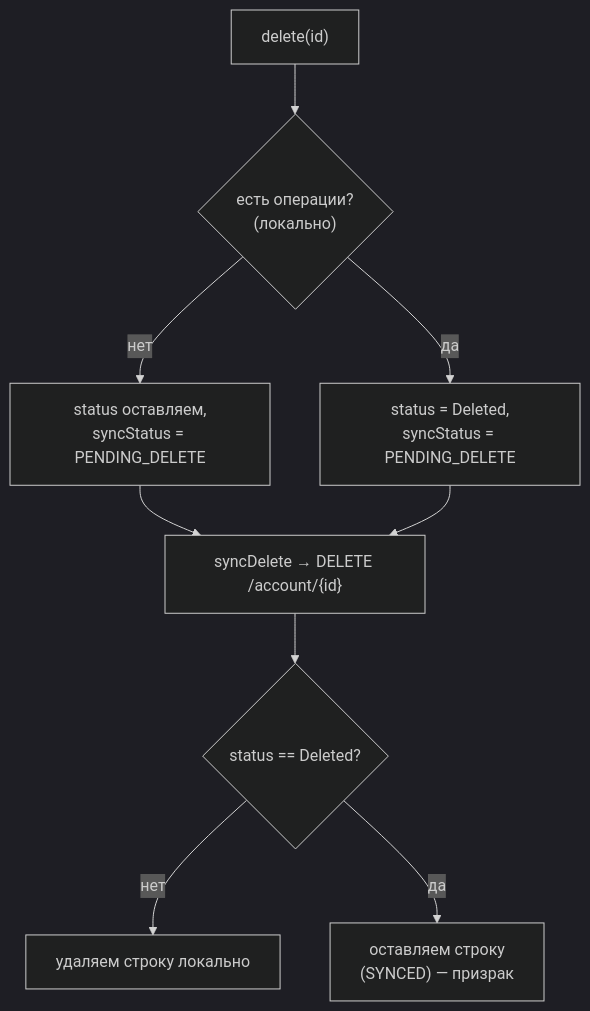
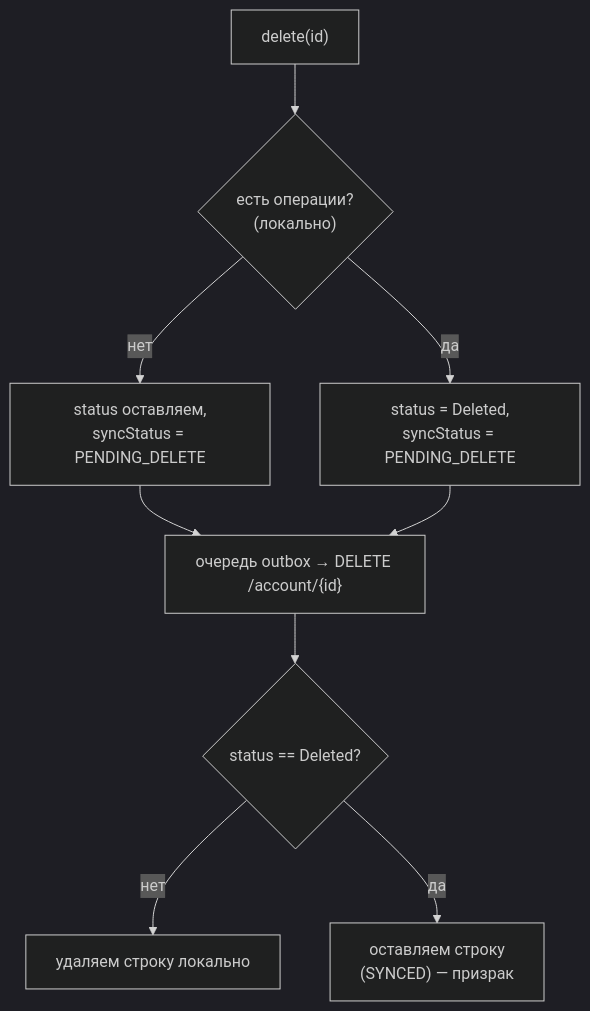
One commit to IliaVoskoboinikov/Finance-Manager changed the diagram in docs/account-archive.md. Above: the diagram before and after it, drawn with Mermaid (dark theme). The commit also changed other lines of this file and 10 other files, not shown here.

````diff
--- a/docs/account-archive.md
+++ b/docs/account-archive.md
@@ -80,11 +80,11 @@
 ```mermaid
 flowchart TD
     A["delete(id)"] --> B{"есть операции?\n(локально)"}
     B -- "нет" --> C["status оставляем,\nsyncStatus = PENDING_DELETE"]
     B -- "да"  --> D["status = Deleted,\nsyncStatus = PENDING_DELETE"]
-    C --> E["syncDelete → DELETE /account/{id}"]
+    C --> E["очередь outbox → DELETE /account/{id}"]
     D --> E
     E --> F{"status == Deleted?"}
     F -- "нет" --> G["удаляем строку локально"]
     F -- "да"  --> H["оставляем строку\n(SYNCED) — призрак"]
 ```
````
